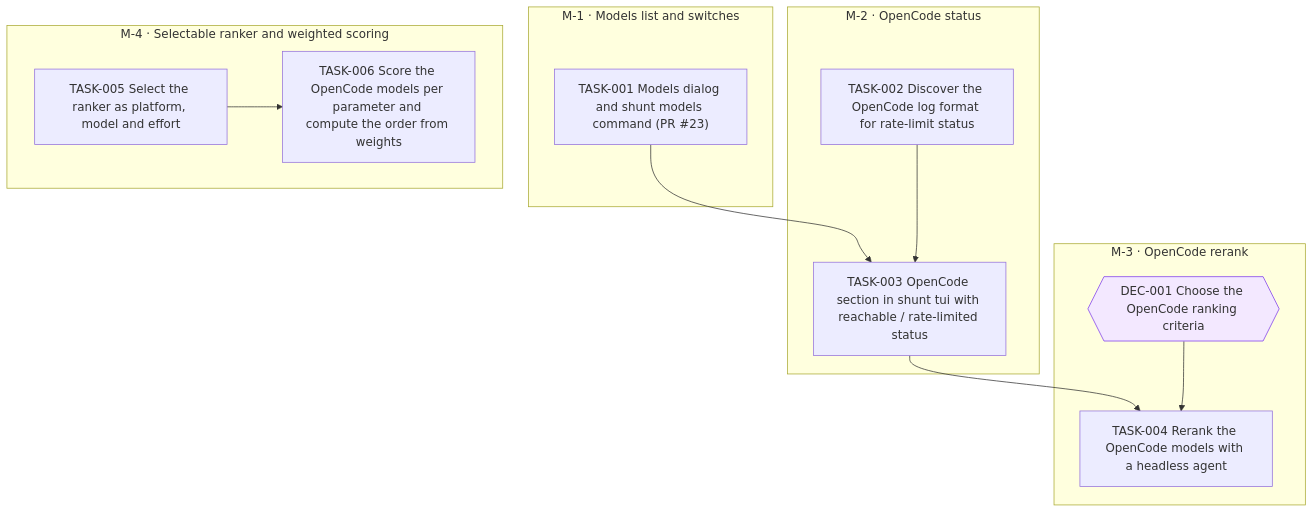
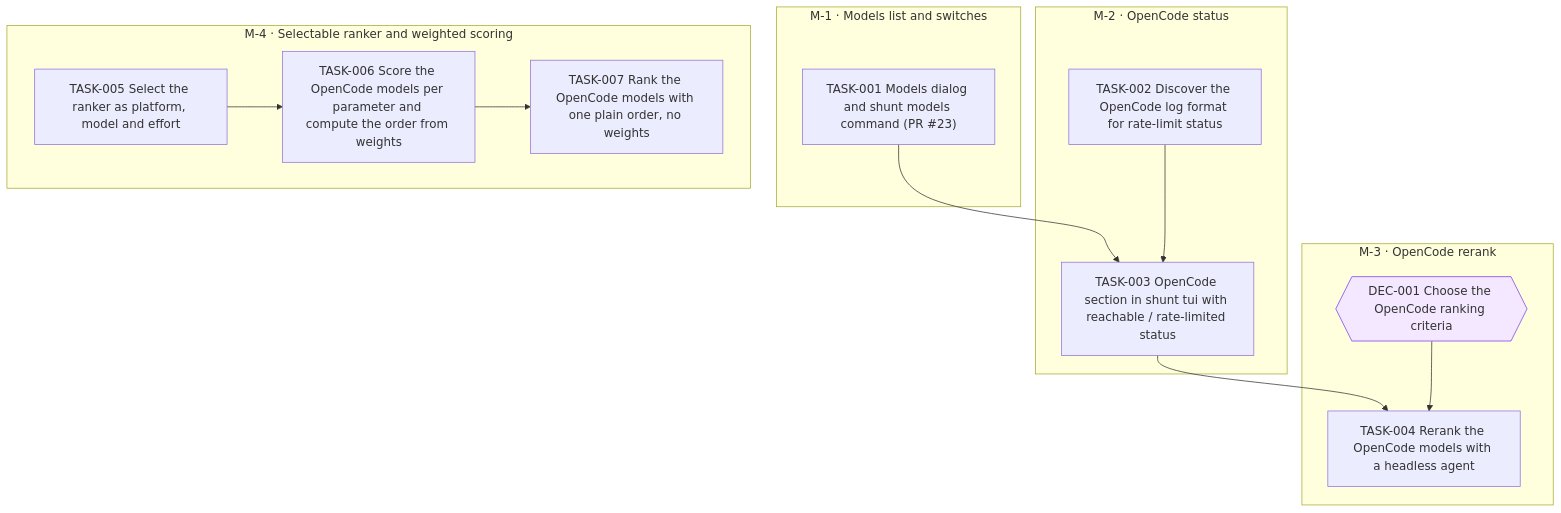
Before and after one commit to jesusvillota/shunt: the diagram in goals/model-filter/README.md, drawn with Mermaid. The commit also changed 1 other file, not shown here.

Commit message:
goal(model-filter): add TASK-007 Rank the OpenCode models with one plain order, no weights

````diff
--- a/goals/model-filter/README.md
+++ b/goals/model-filter/README.md
@@ -48,27 +48,29 @@
 ```mermaid
 flowchart TD
   subgraph M_1["M-1 · Models list and switches"]
     TASK_001["TASK-001 Models dialog and shunt models command (PR #23)"]
   end
   subgraph M_2["M-2 · OpenCode status"]
     TASK_002["TASK-002 Discover the OpenCode log format for rate-limit status"]
     TASK_003["TASK-003 OpenCode section in shunt tui with reachable / rate-limited status"]
   end
   subgraph M_3["M-3 · OpenCode rerank"]
     DEC_001{{"DEC-001 Choose the OpenCode ranking criteria"}}
     TASK_004["TASK-004 Rerank the OpenCode models with a headless agent"]
   end
   subgraph M_4["M-4 · Selectable ranker and weighted scoring"]
     TASK_005["TASK-005 Select the ranker as platform, model and effort"]
     TASK_006["TASK-006 Score the OpenCode models per parameter and compute the order from weights"]
+    TASK_007["TASK-007 Rank the OpenCode models with one plain order, no weights"]
   end
   TASK_001 --> TASK_003
   TASK_002 --> TASK_003
   TASK_003 --> TASK_004
   DEC_001 --> TASK_004
   TASK_005 --> TASK_006
+  TASK_006 --> TASK_007
   classDef draft stroke-dasharray: 4 3
   classDef cancelled opacity:0.45
   classDef decision fill:#f3e8ff,stroke:#7c3aed
   class DEC_001 decision
 ```
````
